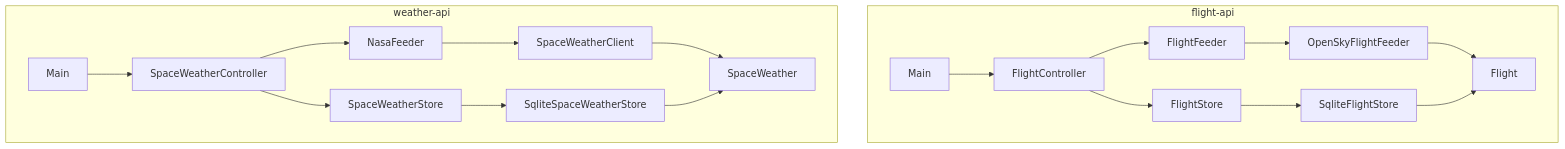
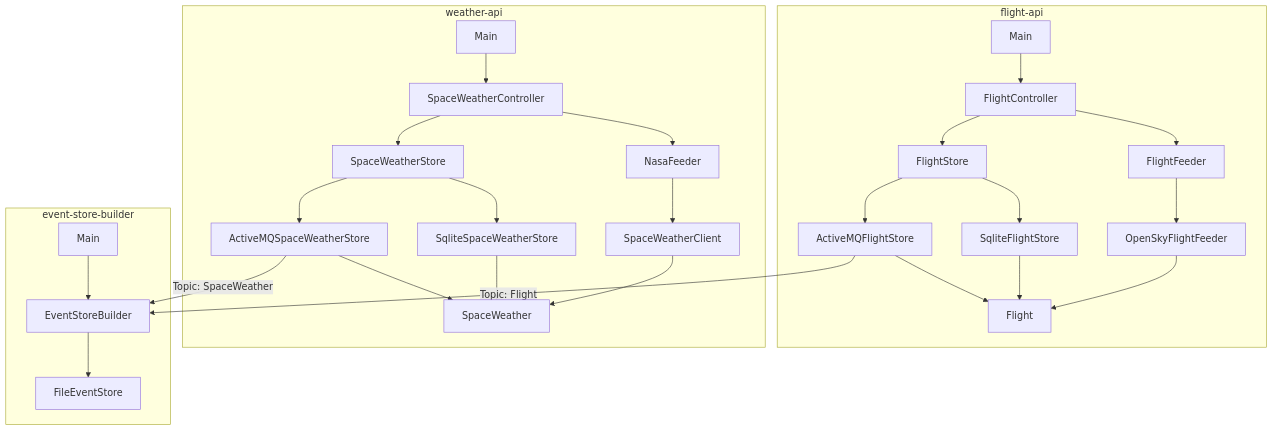
One commit to dacd-projects/project-dacd-sprint1 changed the first of 4 diagrams in README.md. Above: the diagram before and after it, drawn with Mermaid. The commit also changed other lines of this file, not shown here.

Commit message:
update README for Sprint 2 with architecture, diagrams and execution instructions

````diff
--- a/README.md
+++ b/README.md
@@ -27,22 +25,34 @@
 ```mermaid
 graph TD
     subgraph flight-api
         FA_Main[Main] --> FA_Controller[FlightController]
         FA_Controller --> FA_Feeder[FlightFeeder]
         FA_Controller --> FA_Store[FlightStore]
         FA_Feeder --> FA_OpenSky[OpenSkyFlightFeeder]
         FA_Store --> FA_Sqlite[SqliteFlightStore]
+        FA_Store --> FA_ActiveMQ[ActiveMQFlightStore]
         FA_OpenSky --> FA_Model[Flight]
         FA_Sqlite --> FA_Model
+        FA_ActiveMQ --> FA_Model
     end
 
     subgraph weather-api
         WA_Main[Main] --> WA_Controller[SpaceWeatherController]
         WA_Controller --> WA_Feeder[NasaFeeder]
         WA_Controller --> WA_Store[SpaceWeatherStore]
         WA_Feeder --> WA_Client[SpaceWeatherClient]
         WA_Store --> WA_Sqlite[SqliteSpaceWeatherStore]
+        WA_Store --> WA_ActiveMQ[ActiveMQSpaceWeatherStore]
         WA_Client --> WA_Model[SpaceWeather]
         WA_Sqlite --> WA_Model
+        WA_ActiveMQ --> WA_Model
     end
+
+    subgraph event-store-builder
+        ESB_Main[Main] --> ESB_Builder[EventStoreBuilder]
+        ESB_Builder --> ESB_FileStore[FileEventStore]
+    end
+
+    FA_ActiveMQ -- Topic: Flight --> ESB_Builder
+    WA_ActiveMQ -- Topic: SpaceWeather --> ESB_Builder
 ```
````
